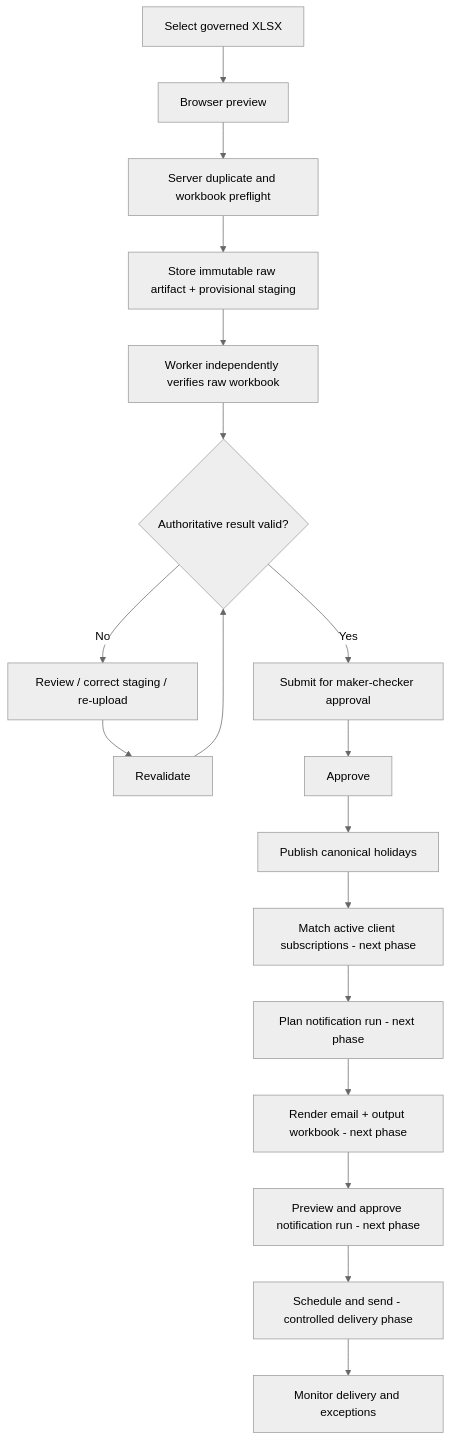
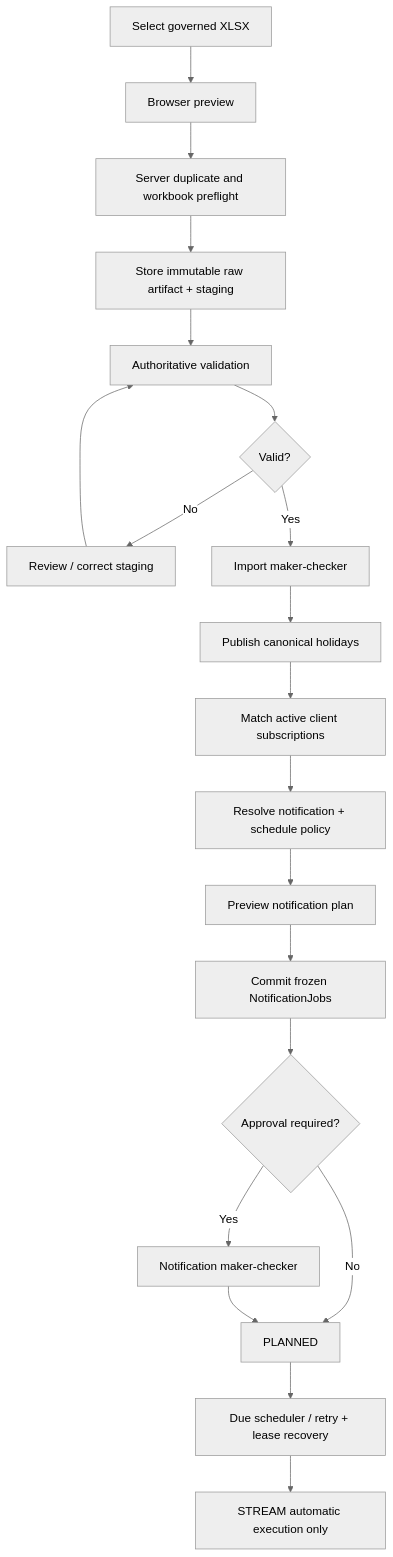
One commit to anshacerbia2/ati-ph changed the second of 8 diagrams in PROPOSAL.md. Above: the diagram before and after it, drawn with Mermaid (neutral theme). The commit also changed other lines of this file and 5 other files, not shown here.

Commit message:
docs(email): align controlled smtp pilot guidance

````diff
--- a/PROPOSAL.md
+++ b/PROPOSAL.md
@@ -221,20 +226,22 @@
 ```mermaid
 flowchart TD
     A["Select governed XLSX"] --> B["Browser preview"]
     B --> C["Server duplicate and workbook preflight"]
-    C --> D["Store immutable raw artifact + provisional staging"]
-    D --> E["Worker independently verifies raw workbook"]
-    E --> F{"Authoritative result valid?"}
-    F -->|No| G["Review / correct staging / re-upload"]
-    G --> H["Revalidate"]
-    H --> F
-    F -->|Yes| I["Submit for maker-checker approval"]
-    I --> J["Approve"]
-    J --> K["Publish canonical holidays"]
-    K --> L["Match active client subscriptions - next phase"]
-    L --> M["Plan notification run - next phase"]
-    M --> N["Render email + output workbook - next phase"]
-    N --> O["Preview and approve notification run - next phase"]
-    O --> P["Schedule and send - controlled delivery phase"]
-    P --> Q["Monitor delivery and exceptions"]
+    C --> D["Store immutable raw artifact + staging"]
+    D --> E["Authoritative validation"]
+    E --> F{"Valid?"}
+    F -->|No| G["Review / correct staging"]
+    G --> E
+    F -->|Yes| H["Import maker-checker"]
+    H --> I["Publish canonical holidays"]
+    I --> J["Match active client subscriptions"]
+    J --> K["Resolve notification + schedule policy"]
+    K --> L["Preview notification plan"]
+    L --> M["Commit frozen NotificationJobs"]
+    M --> N{"Approval required?"}
+    N -->|Yes| O["Notification maker-checker"]
+    N -->|No| P["PLANNED"]
+    O --> P
+    P --> Q["Due scheduler / retry + lease recovery"]
+    Q --> R["STREAM automatic execution only"]
 ```
````
